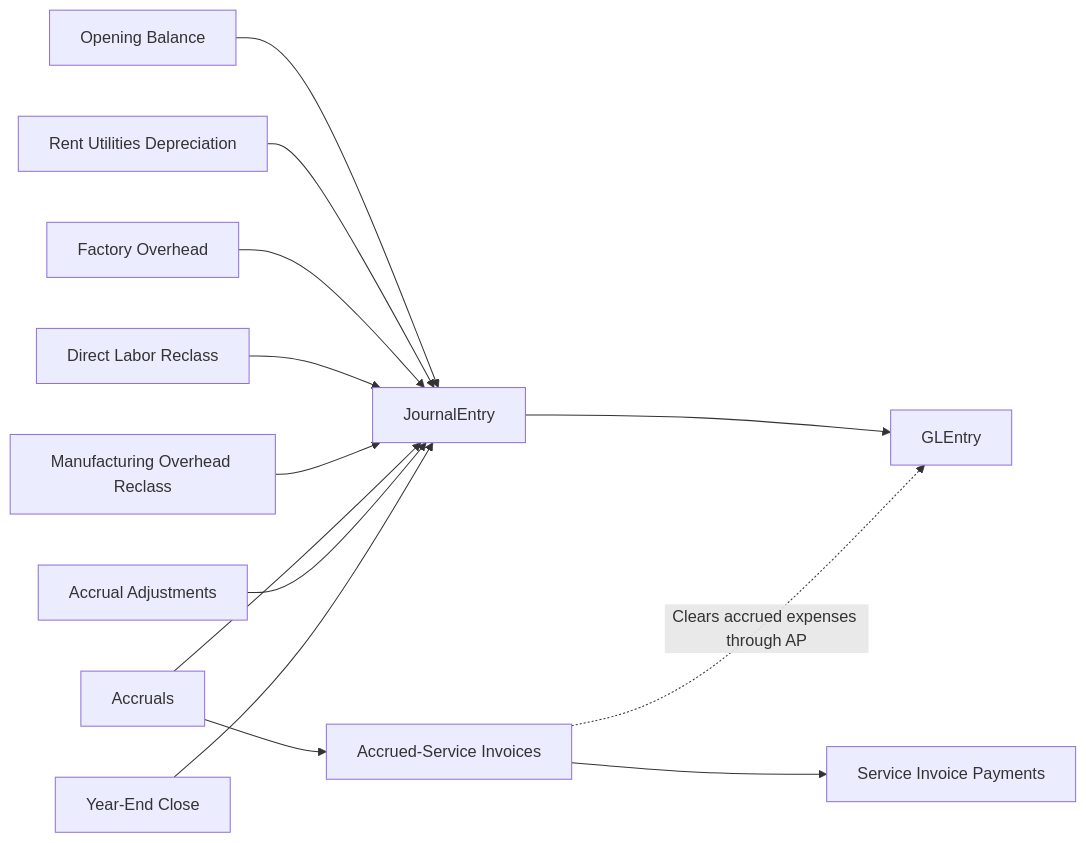
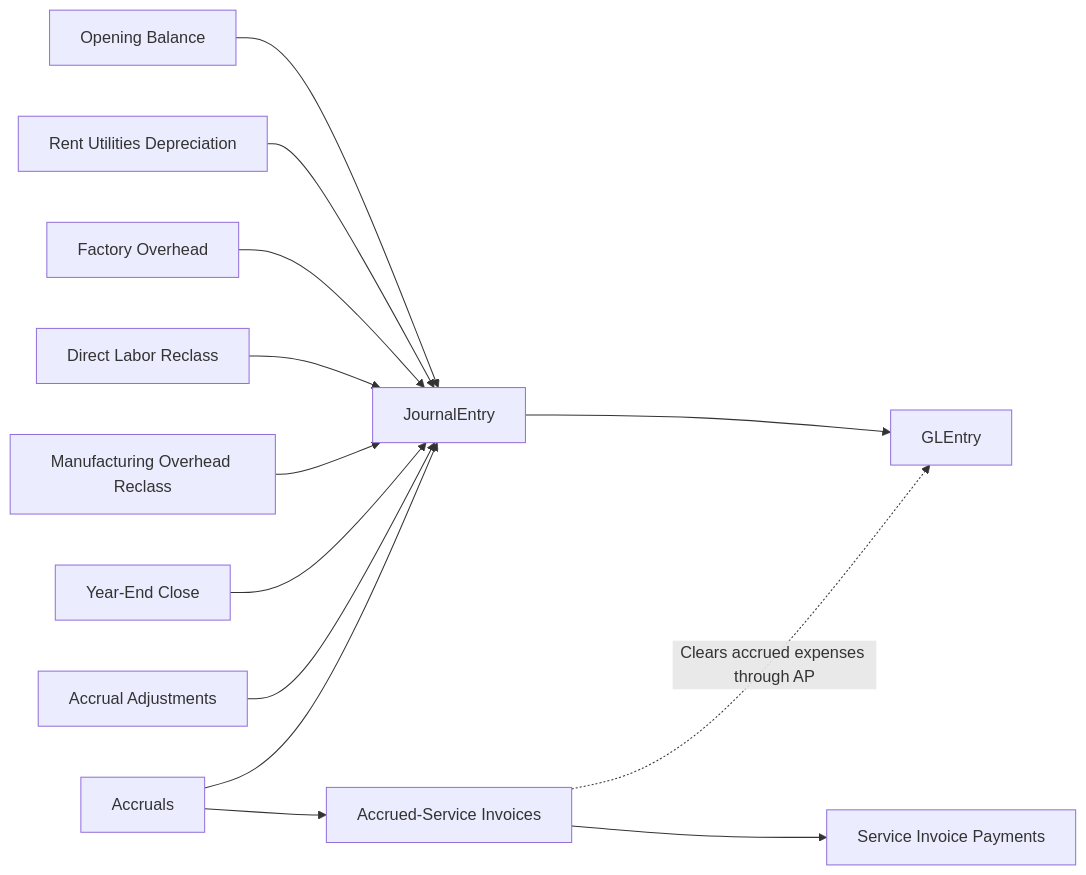
One commit to mmcodesso/greenfield_database changed the diagram in docs/processes/manual-journals-and-close.md. Above: the diagram before and after it, drawn with Mermaid. The commit also changed other lines of this file and 1 other file, not shown here.

Commit message:
adjusted diagrams

````diff
--- a/docs/processes/manual-journals-and-close.md
+++ b/docs/processes/manual-journals-and-close.md
@@ -31,27 +31,27 @@
 ```mermaid
 flowchart LR
     OB[Opening Balance]
     OR[Rent Utilities Depreciation]
     FO[Factory Overhead]
     DL[Direct Labor Reclass]
     OH[Manufacturing Overhead Reclass]
     AC[Accruals]
     PI[Accrued-Service Invoices]
     DP[Service Invoice Payments]
     AJ[Accrual Adjustments]
     YC[Year-End Close]
     JE[JournalEntry]
     GL[GLEntry]
 
     OB --> JE
     OR --> JE
     FO --> JE
     DL --> JE
     OH --> JE
+    YC --> JE
+    AJ --> JE
     AC --> JE
-    AJ --> JE
-    YC --> JE
     JE --> GL
     AC --> PI --> DP
     PI -. Clears accrued expenses through AP .-> GL
 ```
````
